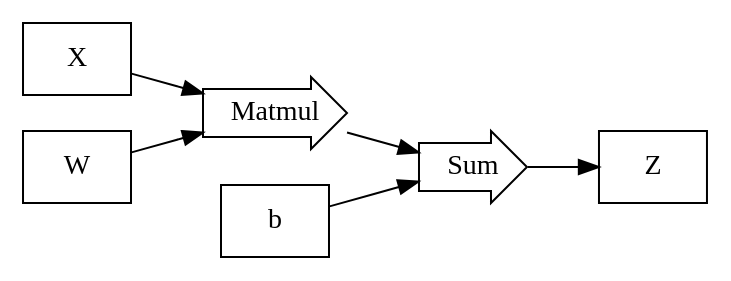
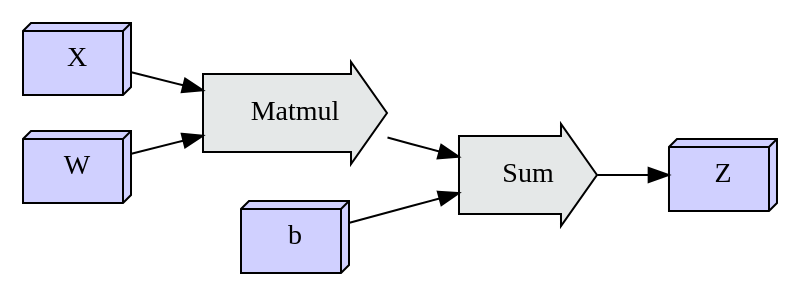
One commit to crutcher/crutcher.github.io-source changed diagram 22 of 55 in source/Tapestry/index.md. Above: the diagram before and after it, drawn with Graphviz. The commit also changed other lines of this file and 2 other files, not shown here.

````diff
--- a/source/Tapestry/index.md
+++ b/source/Tapestry/index.md
@@ -3403,17 +3405,21 @@
 ```graphviz
 digraph D {
     rankdir=LR;
-    X, W, b, Z [shape=box];
+    X, W, b, Z [shape=box3d, fillcolor="#d0d0ff", style=filled];
     
     X -> Matmul;
     W -> Matmul;
     
-    Matmul [shape=rarrow];
-    Sum [shape=rarrow];
+    Matmul, Sum [
+        shape=rarrow,
+        margin=0.25,
+        style=filled,
+        fillcolor="#E5E8E8",
+    ];
     
     Matmul -> Sum;
     b -> Sum;
     
     Sum -> Z;
 }
 ```
````
